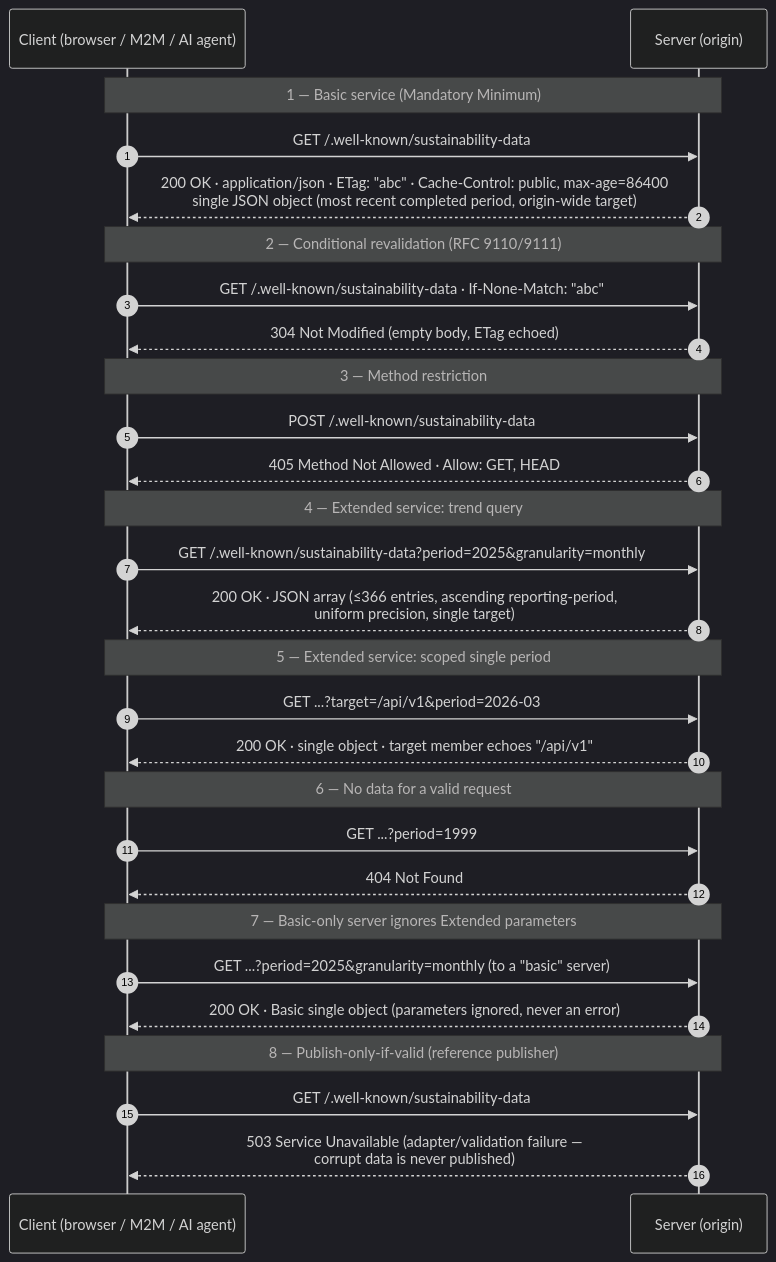
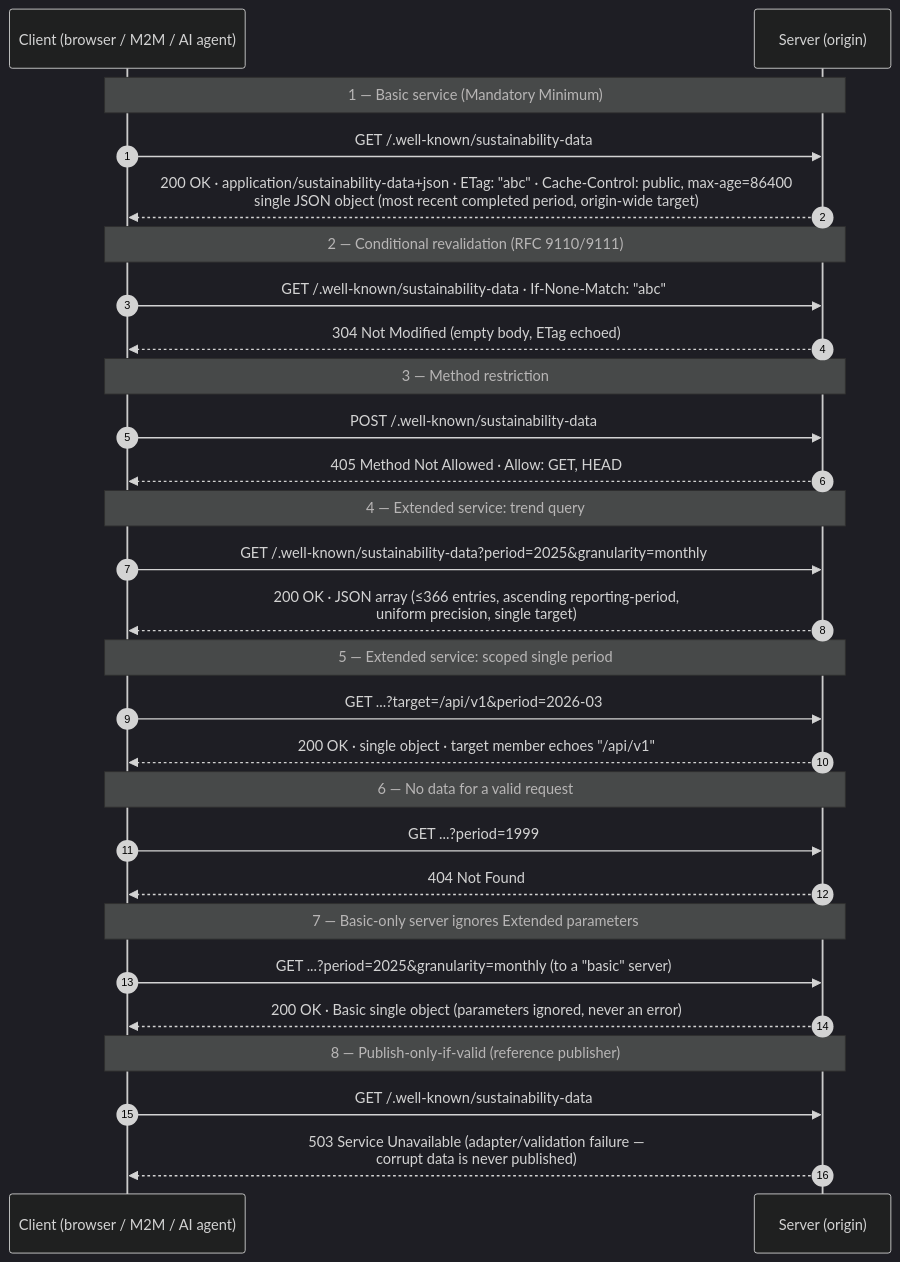
Before and after one commit to andreibesleaga/rfc-sustainability-wellknown: the third of 10 diagrams in architecture/README.md, drawn with Mermaid (dark theme). The commit also changed other lines of this file and 75 other files, not shown here.

````diff
--- a/architecture/README.md
+++ b/architecture/README.md
@@ -250,38 +250,38 @@
 ```mermaid
 sequenceDiagram
     autonumber
     participant C as Client (browser / M2M / AI agent)
     participant S as Server (origin)
 
     Note over C,S: 1 — Basic service (Mandatory Minimum)
     C->>S: GET /.well-known/sustainability-data
-    S-->>C: 200 OK · application/json · ETag: "abc" · Cache-Control: public, max-age=86400<br/>single JSON object (most recent completed period, origin-wide target)
+    S-->>C: 200 OK · application/sustainability-data+json · ETag: "abc" · Cache-Control: public, max-age=86400<br/>single JSON object (most recent completed period, origin-wide target)
 
     Note over C,S: 2 — Conditional revalidation (RFC 9110/9111)
     C->>S: GET /.well-known/sustainability-data · If-None-Match: "abc"
     S-->>C: 304 Not Modified (empty body, ETag echoed)
 
     Note over C,S: 3 — Method restriction
     C->>S: POST /.well-known/sustainability-data
     S-->>C: 405 Method Not Allowed · Allow: GET, HEAD
 
     Note over C,S: 4 — Extended service: trend query
     C->>S: GET /.well-known/sustainability-data?period=2025&granularity=monthly
     S-->>C: 200 OK · JSON array (≤366 entries, ascending reporting-period,<br/>uniform precision, single target)
 
     Note over C,S: 5 — Extended service: scoped single period
     C->>S: GET ...?target=/api/v1&period=2026-03
     S-->>C: 200 OK · single object · target member echoes "/api/v1"
 
     Note over C,S: 6 — No data for a valid request
     C->>S: GET ...?period=1999
     S-->>C: 404 Not Found
 
     Note over C,S: 7 — Basic-only server ignores Extended parameters
     C->>S: GET ...?period=2025&granularity=monthly (to a "basic" server)
     S-->>C: 200 OK · Basic single object (parameters ignored, never an error)
 
     Note over C,S: 8 — Publish-only-if-valid (reference publisher)
     C->>S: GET /.well-known/sustainability-data
     S-->>C: 503 Service Unavailable (adapter/validation failure —<br/>corrupt data is never published)
 ```
````
